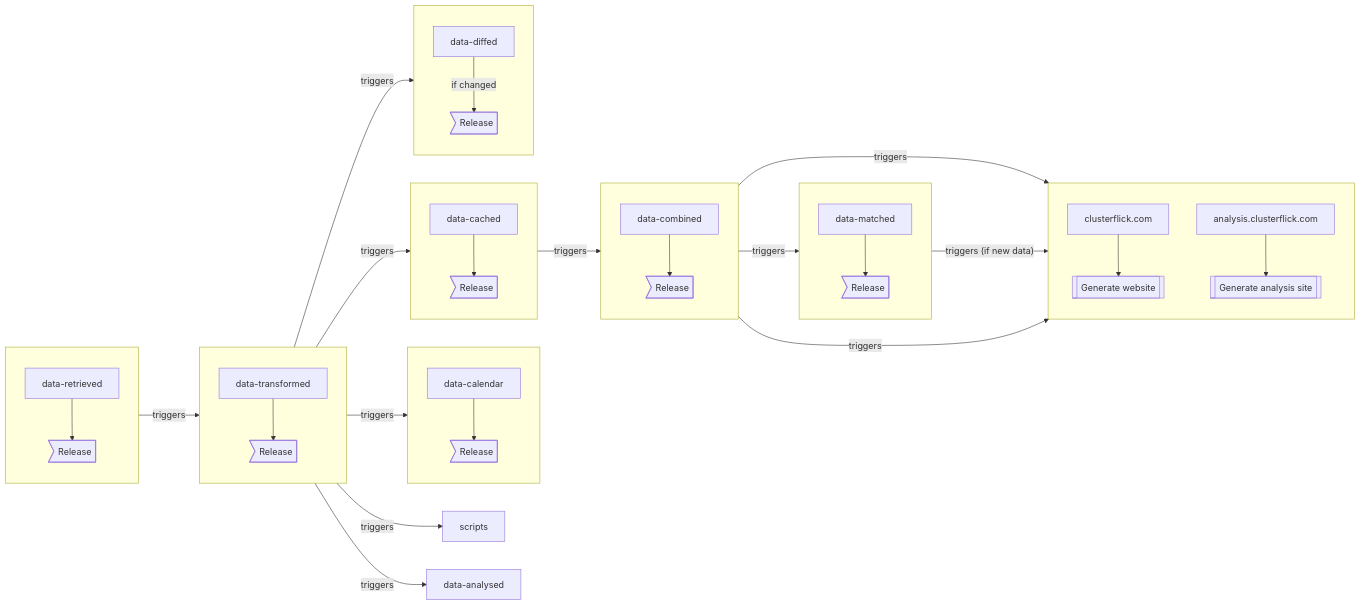
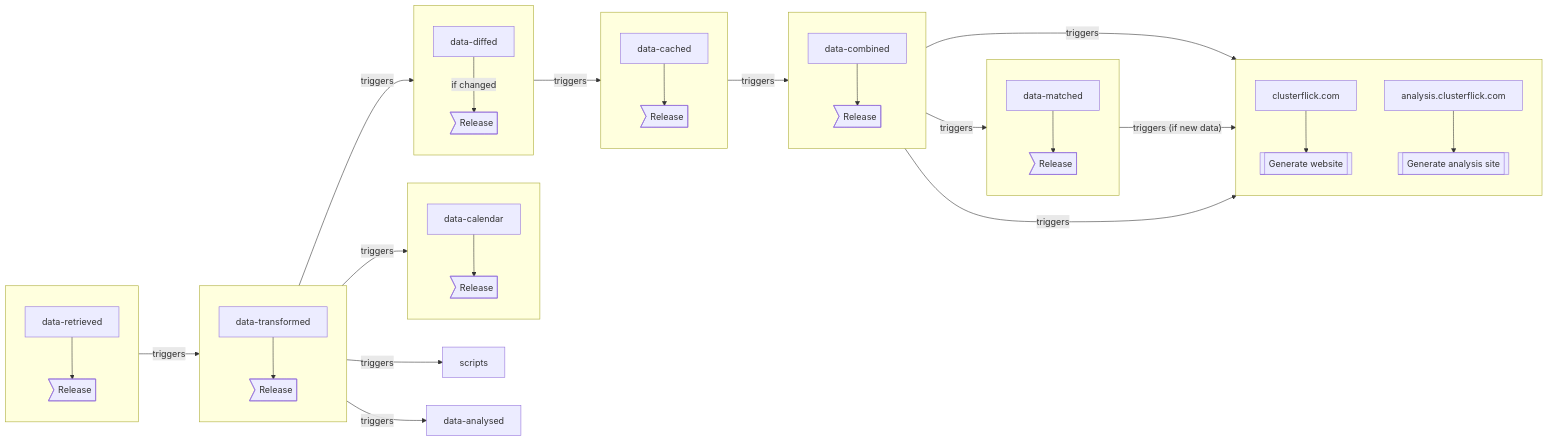
The diagram in profile/README.md (clusterflick/.github), drawn with Mermaid before and after one commit. The commit also changed other lines of this file, not shown here.

Commit message:
Update diagram for new workflow

````diff
--- a/profile/README.md
+++ b/profile/README.md
@@ -26,66 +27,66 @@
 ```mermaid
 flowchart LR
     retrieved["data-retrieved"]
     transformed["data-transformed"]
     calendar["data-calendar"]
     cached["data-cached"]
     diffed["data-diffed"]
     combined["data-combined"]
     matched["data-matched"]
     scripts["scripts"]
     analysed["data-analysed"]
 
     subgraph retrival[" "]
         direction TB
         retrieved --> retrival-release>Release]
     end
 
     subgraph transformation[" "]
         direction TB
         transformed --> transformation-release>Release]
     end
 
     subgraph calendars[" "]
         direction TB
         calendar --> calendar-release>Release]
     end
 
     subgraph caching[" "]
         direction TB
         cached --> cached-release>Release]
     end
 
     subgraph diffing[" "]
         direction TB
         diffed --"if changed"--> diffed-release>Release]
     end
 
     subgraph combination[" "]
         direction TB
         combined --> combined-release>Release]
     end
 
     subgraph matching[" "]
         direction TB
         matched --> matched-release>Release]
     end
 
     subgraph website[" "]
         direction TB
         clusterflick.com --> id1[[Generate website]]
         analysis["analysis.clusterflick.com"] --> id2[[Generate analysis site]]
     end
 
     retrival --triggers--> transformation
     transformation --triggers--> calendars
-    transformation --triggers--> caching
     transformation --triggers--> diffing
     transformation --triggers--> scripts
     transformation --triggers--> analysed
+    diffing --triggers--> caching
     caching --triggers--> combination
     combination --triggers--> matching
     combination --triggers--> website
     matching --"triggers (if new data)"--> website
     combination --triggers--> analysis
 
 ```
````
